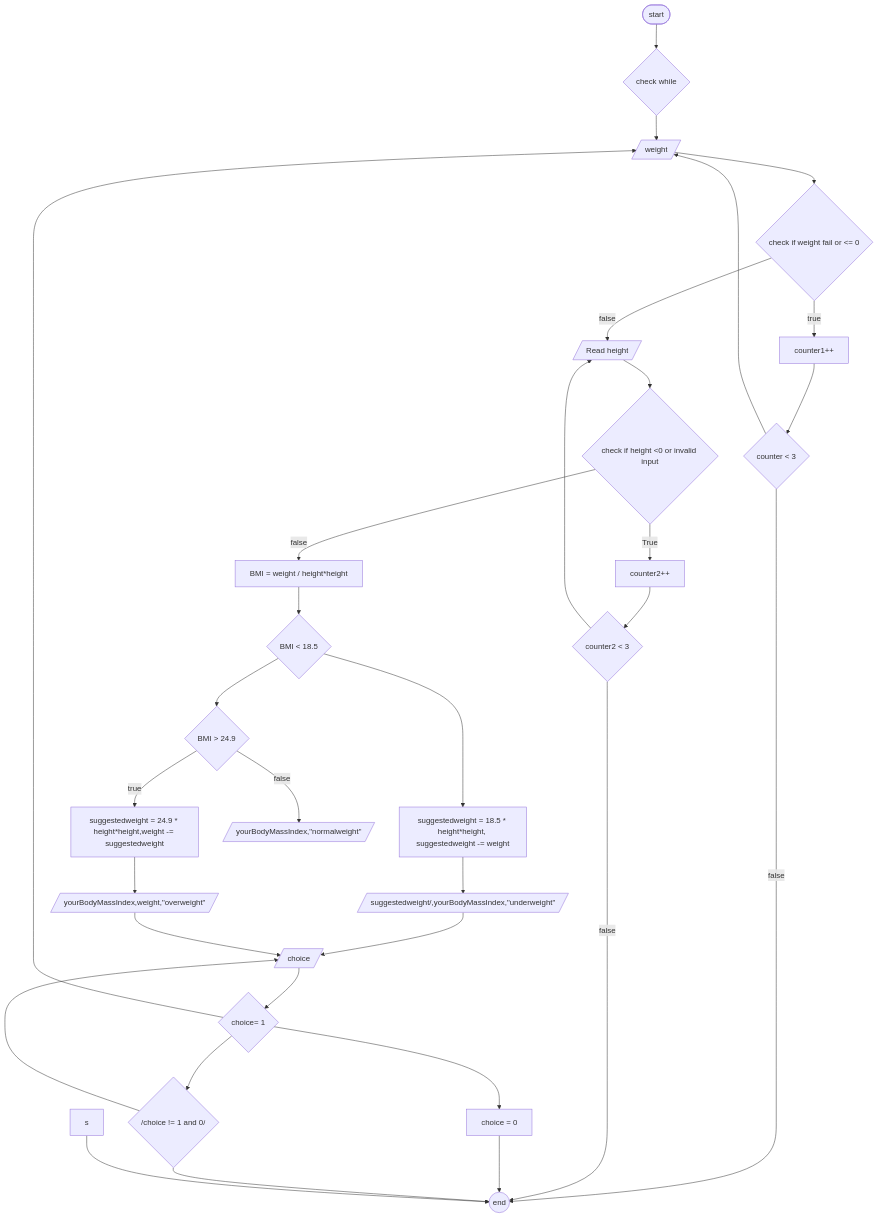
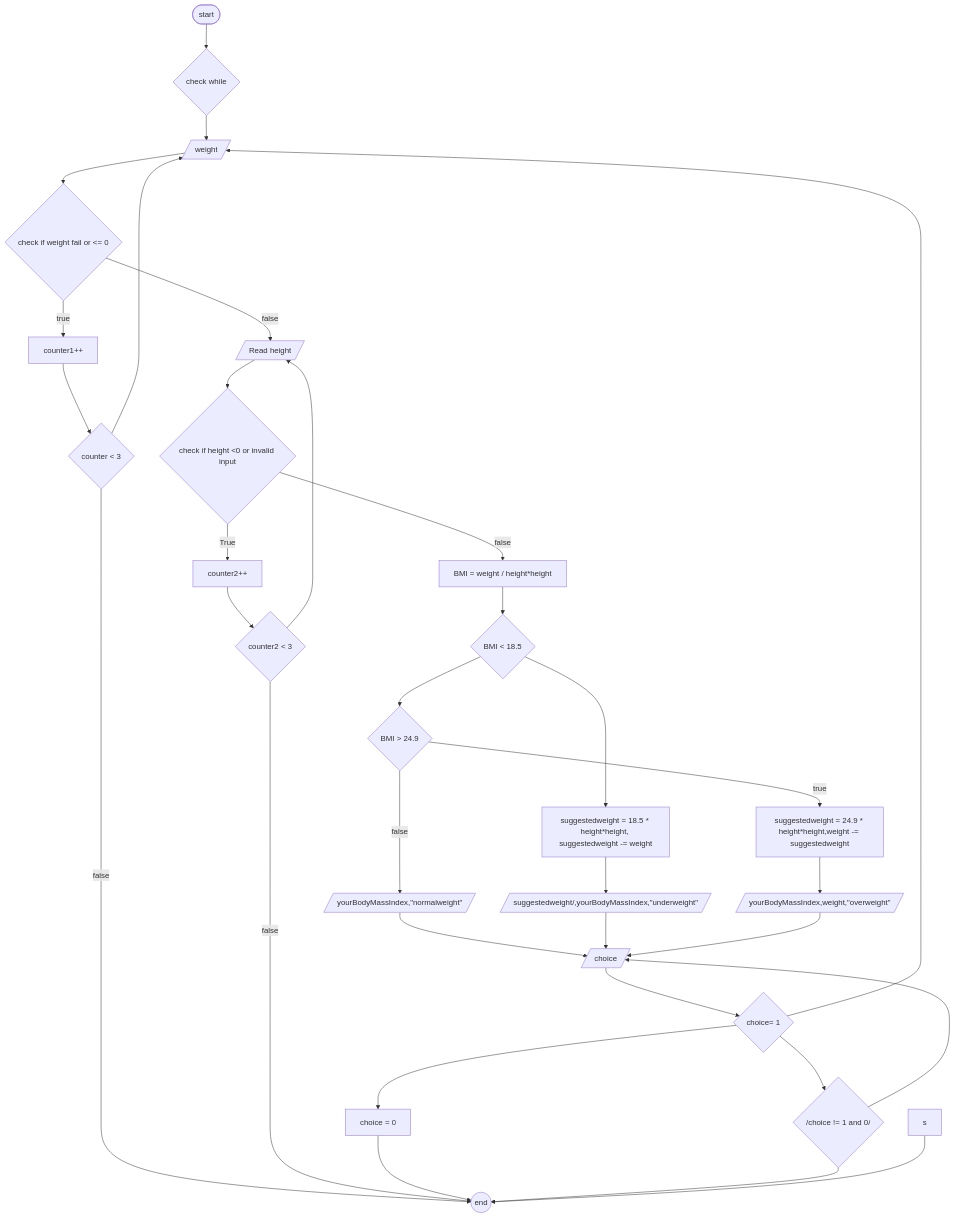
Before and after one commit to SWEG-2016EC-Batch/Quantum-leap: the diagram in ETS1503_Yonas_Zegeye/BMI_CALCULATOR.md, drawn with Mermaid. The commit also changed other lines of this file, not shown here.

````diff
--- a/ETS1503_Yonas_Zegeye/BMI_CALCULATOR.md
+++ b/ETS1503_Yonas_Zegeye/BMI_CALCULATOR.md
@@ -73,40 +73,41 @@
 ```mermaid
 
 
 graph TD;
 
 a([start])-->B{check while}
 B -->c[/weight/];
 c-->d{check if weight fail or <= 0};
 d-->|true| p[counter1++];
 p-->q{counter < 3};
 q-->c;
 q-->|false| x
 
 d-->|false| e[/Read height/]
 e-->E{check if height <0 or invalid input}
 E -->|True| P[counter2++];
 P-->Q{counter2 < 3};
 Q-->e;
 Q-->|false| x
 
 E-->|false| f[BMI = weight / height*height]
 f-->g{BMI < 18.5}
 g-->h[suggestedweight = 18.5 * height*height, suggestedweight -= weight];
 g-->j{BMI > 24.9}
 j-->|true| k[suggestedweight = 24.9 * height*height,weight -= suggestedweight ]
 j-->|false| K[/yourBodyMassIndex,"normalweight"/]
+K-->t[/choice/]
 k-->m[/yourBodyMassIndex,weight,"overweight"/];
 h-->y[/suggestedweight/,yourBodyMassIndex,"underweight"/];
-y-->t[/choice/]
+y-->t
 m-->t
 t-->u{choice= 1}
 u-->c
 u-->v{/choice != 1 and 0/}
 v-->t
 u-->w[choice = 0]
 w-->x((end))
 v-->x
 s-->x
 
 ```
````
